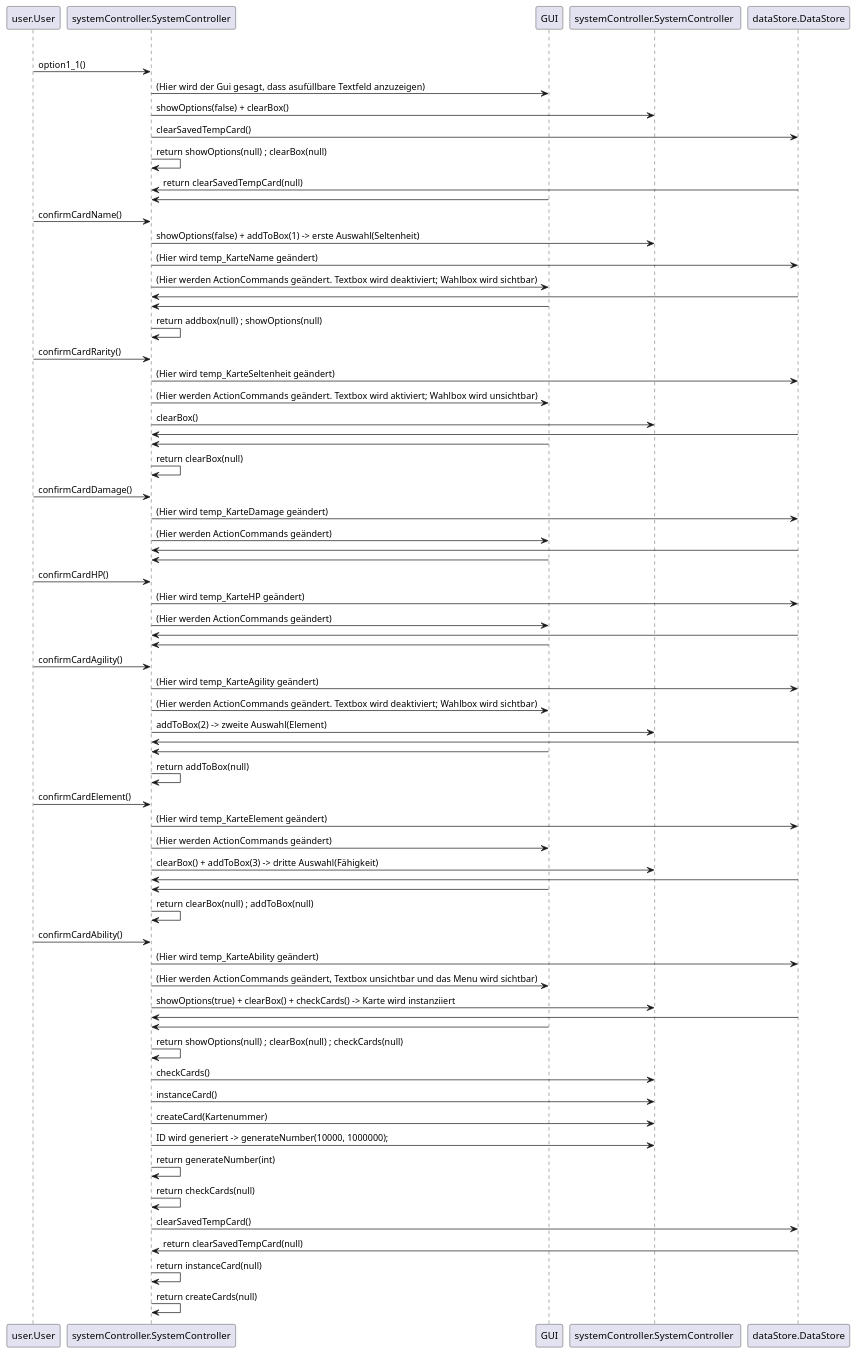
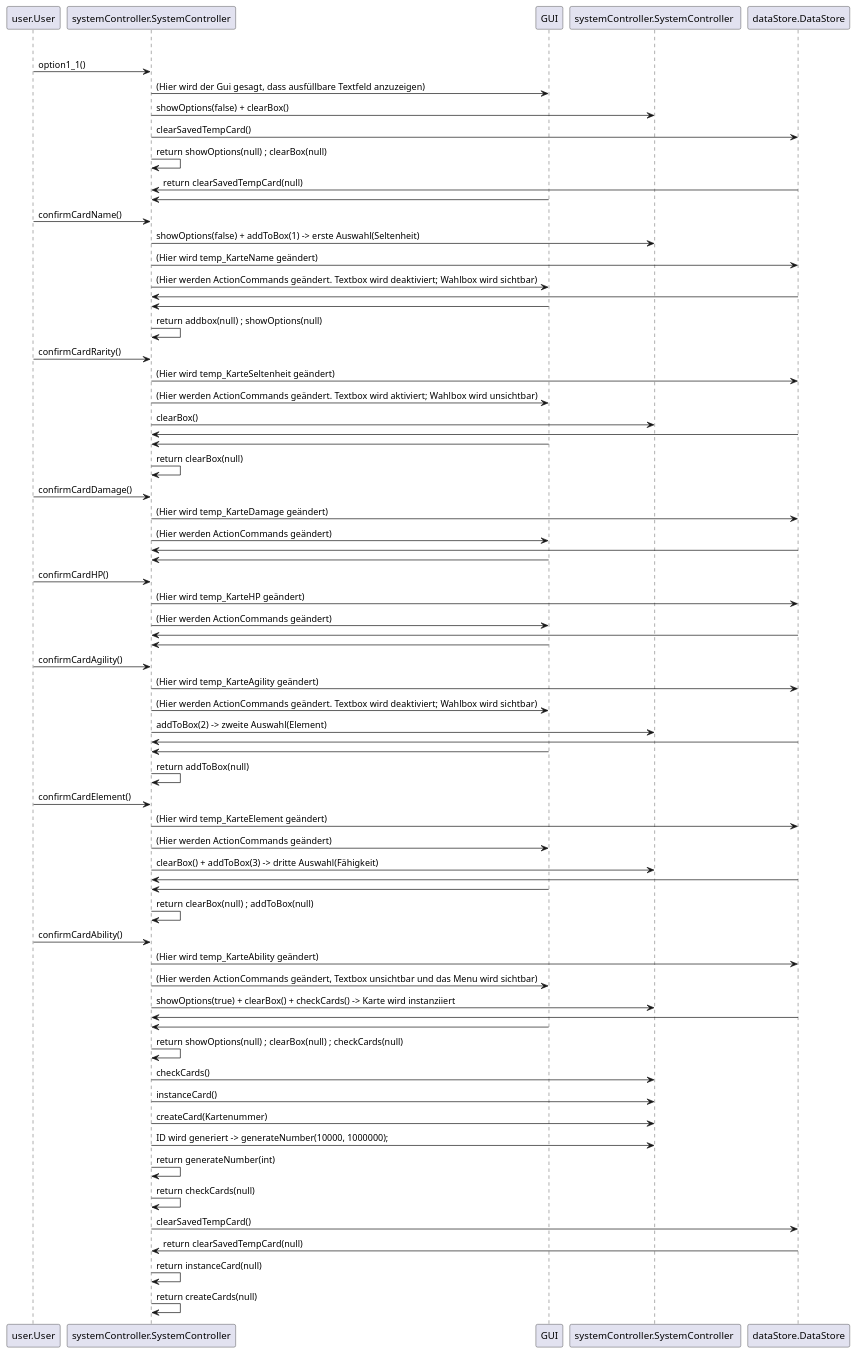
The first of 4 diagrams in Docs/Pflichtenheft/Diagramme/Seque.iuml (teach404W/Verwaltungssoftware_Team_2), drawn with PlantUML before and after one commit. The commit also changed other lines of this file and 2 other files, not shown here.

```diff
--- a/Docs/Pflichtenheft/Diagramme/Seque.iuml
+++ b/Docs/Pflichtenheft/Diagramme/Seque.iuml
@@ -1,77 +1,77 @@
 @startuml 
 ' You can also declare:
 group Karte anlegen [Karte anlegen]
     user.User -> "systemController.SystemController" : option1_1()
-    systemController.SystemController -> "GUI" : (Hier wird der Gui gesagt, dass asufüllbare Textfeld anzuzeigen)
+    systemController.SystemController -> "GUI" : (Hier wird der Gui gesagt, dass ausfüllbare Textfeld anzuzeigen)
     systemController.SystemController -> "systemController.SystemController " : showOptions(false) + clearBox()
     systemController.SystemController -> "dataStore.DataStore" : clearSavedTempCard()
     systemController.SystemController  -> "systemController.SystemController" : return showOptions(null) ; clearBox(null)
     dataStore.DataStore -> "systemController.SystemController" : return clearSavedTempCard(null)
 
     GUI -> "systemController.SystemController" : 
     user.User -> "systemController.SystemController" : confirmCardName()
         systemController.SystemController -> "systemController.SystemController " : showOptions(false) + addToBox(1) -> erste Auswahl(Seltenheit)
         systemController.SystemController -> dataStore.DataStore : (Hier wird temp_KarteName geändert)
         systemController.SystemController -> GUI : (Hier werden ActionCommands geändert. Textbox wird deaktiviert; Wahlbox wird sichtbar)
         dataStore.DataStore -> systemController.SystemController
         GUI -> systemController.SystemController
         systemController.SystemController  -> "systemController.SystemController" : return addbox(null) ; showOptions(null)
 
     user.User -> "systemController.SystemController" : confirmCardRarity()
         systemController.SystemController -> dataStore.DataStore : (Hier wird temp_KarteSeltenheit geändert)
         systemController.SystemController -> GUI : (Hier werden ActionCommands geändert. Textbox wird aktiviert; Wahlbox wird unsichtbar)
         systemController.SystemController -> "systemController.SystemController " : clearBox()
         dataStore.DataStore -> systemController.SystemController
         GUI -> systemController.SystemController
         systemController.SystemController  -> "systemController.SystemController" : return clearBox(null)
 
     user.User -> "systemController.SystemController" : confirmCardDamage()
         systemController.SystemController -> dataStore.DataStore : (Hier wird temp_KarteDamage geändert)
         systemController.SystemController -> GUI : (Hier werden ActionCommands geändert)
         dataStore.DataStore -> systemController.SystemController
         GUI -> systemController.SystemController
 
     user.User -> "systemController.SystemController" : confirmCardHP()
         systemController.SystemController -> dataStore.DataStore : (Hier wird temp_KarteHP geändert)
         systemController.SystemController -> GUI : (Hier werden ActionCommands geändert)
         dataStore.DataStore -> systemController.SystemController
         GUI -> systemController.SystemController
 
     user.User -> "systemController.SystemController" : confirmCardAgility()
 
         systemController.SystemController -> dataStore.DataStore : (Hier wird temp_KarteAgility geändert)
         systemController.SystemController -> GUI : (Hier werden ActionCommands geändert. Textbox wird deaktiviert; Wahlbox wird sichtbar)
         systemController.SystemController -> "systemController.SystemController " : addToBox(2) -> zweite Auswahl(Element)
         dataStore.DataStore -> systemController.SystemController
         GUI -> systemController.SystemController
         systemController.SystemController  -> "systemController.SystemController" : return addToBox(null)
 
     user.User -> "systemController.SystemController" : confirmCardElement()
         systemController.SystemController -> dataStore.DataStore : (Hier wird temp_KarteElement geändert)
         systemController.SystemController -> GUI : (Hier werden ActionCommands geändert)
         systemController.SystemController -> "systemController.SystemController " : clearBox() + addToBox(3) -> dritte Auswahl(Fähigkeit)
         dataStore.DataStore -> systemController.SystemController
         GUI -> systemController.SystemController
         systemController.SystemController  -> "systemController.SystemController" : return clearBox(null) ; addToBox(null)
 
     user.User -> "systemController.SystemController" : confirmCardAbility()
 
         systemController.SystemController -> dataStore.DataStore : (Hier wird temp_KarteAbility geändert)
         systemController.SystemController -> GUI : (Hier werden ActionCommands geändert, Textbox unsichtbar und das Menu wird sichtbar)
         systemController.SystemController -> "systemController.SystemController " : showOptions(true) + clearBox() + checkCards() -> Karte wird instanziiert
         dataStore.DataStore -> systemController.SystemController
         GUI -> systemController.SystemController
         systemController.SystemController  -> "systemController.SystemController" : return showOptions(null) ; clearBox(null) ; checkCards(null)
 
         systemController.SystemController -> "systemController.SystemController " : checkCards()
         systemController.SystemController -> "systemController.SystemController " : instanceCard()
         systemController.SystemController -> "systemController.SystemController " : createCard(Kartenummer)
         systemController.SystemController -> "systemController.SystemController " : ID wird generiert -> generateNumber(10000, 1000000);
         systemController.SystemController  -> "systemController.SystemController" : return generateNumber(int)
         systemController.SystemController  -> "systemController.SystemController" : return checkCards(null)
         systemController.SystemController -> "dataStore.DataStore" : clearSavedTempCard()
         dataStore.DataStore -> "systemController.SystemController" : return clearSavedTempCard(null)
         systemController.SystemController  -> "systemController.SystemController" : return instanceCard(null)
         systemController.SystemController  -> "systemController.SystemController" : return createCards(null)
 
 @enduml
```
